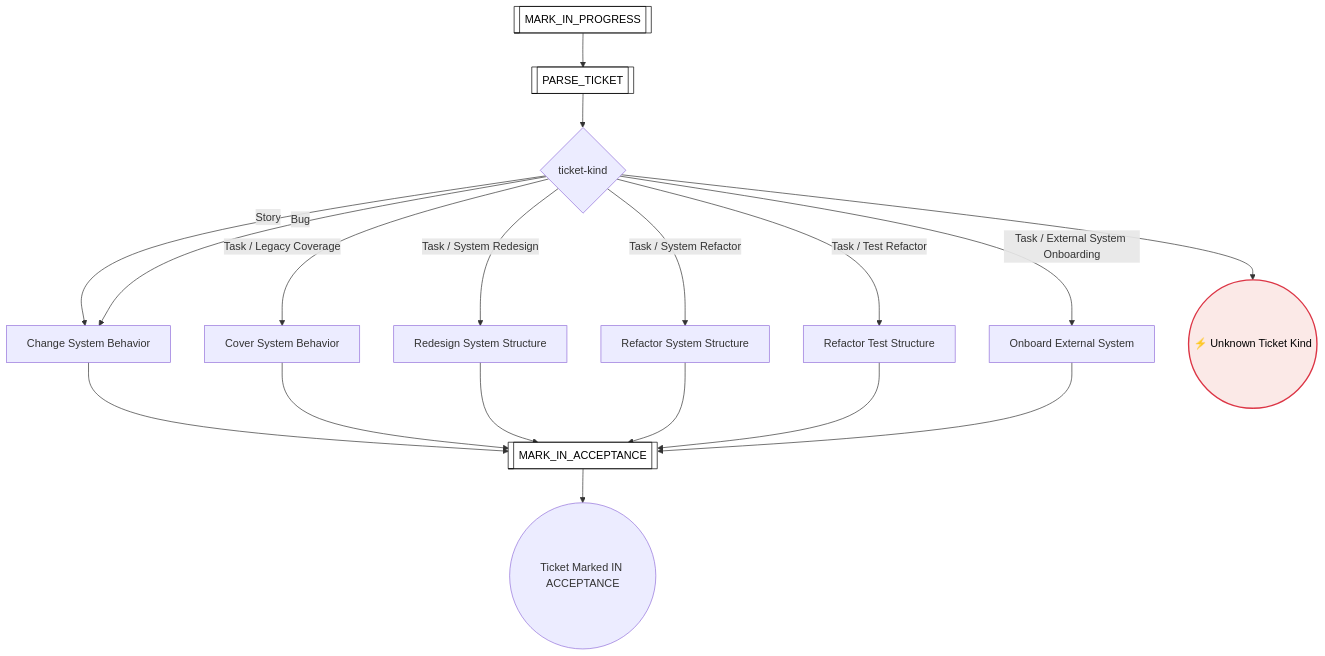
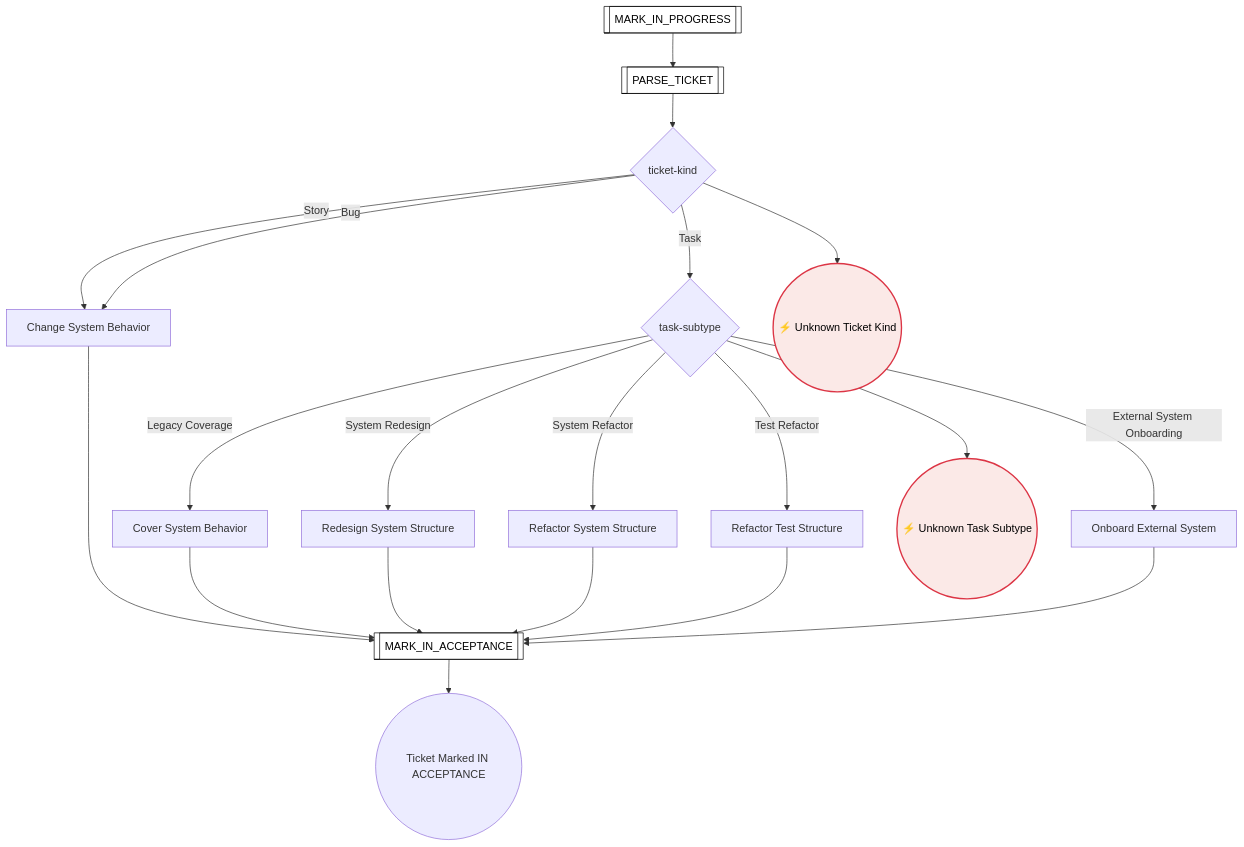
Before and after one commit to optivem/gh-optivem: the fourth of 50 diagrams in docs/process-diagram.md, drawn with Mermaid. The commit also changed 3 other files, not shown here.

Commit message:
atdd/runtime: split flat ticket-kind gateway into type + subtype (Item 11); trim done plan to deferred items

````diff
--- a/docs/process-diagram.md
+++ b/docs/process-diagram.md
@@ -95,39 +95,43 @@
 ```mermaid
 flowchart TD
     CHANGE_SYSTEM_BEHAVIOR[Change System Behavior]
     COVER_SYSTEM_BEHAVIOR[Cover System Behavior]
+    GATE_TASK_SUBTYPE{task-subtype}
     GATE_TICKET_KIND{ticket-kind}
     IMPLEMENT_TICKET_END((Ticket Marked IN ACCEPTANCE))
     MARK_IN_ACCEPTANCE[[MARK_IN_ACCEPTANCE]]
     MARK_IN_PROGRESS[[MARK_IN_PROGRESS]]
     ONBOARD_EXTERNAL_SYSTEM[Onboard External System]
     PARSE_TICKET[[PARSE_TICKET]]
     REDESIGN_SYSTEM_STRUCTURE[Redesign System Structure]
     REFACTOR_SYSTEM_STRUCTURE[Refactor System Structure]
     REFACTOR_TEST_STRUCTURE[Refactor Test Structure]
+    UNKNOWN_TASK_SUBTYPE((⚡ Unknown Task Subtype))
     UNKNOWN_TICKET_KIND((⚡ Unknown Ticket Kind))
 
     MARK_IN_PROGRESS --> PARSE_TICKET
     PARSE_TICKET --> GATE_TICKET_KIND
     GATE_TICKET_KIND -- Story --> CHANGE_SYSTEM_BEHAVIOR
     GATE_TICKET_KIND -- Bug --> CHANGE_SYSTEM_BEHAVIOR
-    GATE_TICKET_KIND -- Task / Legacy Coverage --> COVER_SYSTEM_BEHAVIOR
-    GATE_TICKET_KIND -- Task / System Redesign --> REDESIGN_SYSTEM_STRUCTURE
-    GATE_TICKET_KIND -- Task / System Refactor --> REFACTOR_SYSTEM_STRUCTURE
-    GATE_TICKET_KIND -- Task / Test Refactor --> REFACTOR_TEST_STRUCTURE
-    GATE_TICKET_KIND -- Task / External System Onboarding --> ONBOARD_EXTERNAL_SYSTEM
+    GATE_TICKET_KIND -- Task --> GATE_TASK_SUBTYPE
     GATE_TICKET_KIND --> UNKNOWN_TICKET_KIND
+    GATE_TASK_SUBTYPE -- Legacy Coverage --> COVER_SYSTEM_BEHAVIOR
+    GATE_TASK_SUBTYPE -- System Redesign --> REDESIGN_SYSTEM_STRUCTURE
+    GATE_TASK_SUBTYPE -- System Refactor --> REFACTOR_SYSTEM_STRUCTURE
+    GATE_TASK_SUBTYPE -- Test Refactor --> REFACTOR_TEST_STRUCTURE
+    GATE_TASK_SUBTYPE -- External System Onboarding --> ONBOARD_EXTERNAL_SYSTEM
+    GATE_TASK_SUBTYPE --> UNKNOWN_TASK_SUBTYPE
     CHANGE_SYSTEM_BEHAVIOR --> MARK_IN_ACCEPTANCE
     COVER_SYSTEM_BEHAVIOR --> MARK_IN_ACCEPTANCE
     REDESIGN_SYSTEM_STRUCTURE --> MARK_IN_ACCEPTANCE
     REFACTOR_SYSTEM_STRUCTURE --> MARK_IN_ACCEPTANCE
     REFACTOR_TEST_STRUCTURE --> MARK_IN_ACCEPTANCE
     ONBOARD_EXTERNAL_SYSTEM --> MARK_IN_ACCEPTANCE
     MARK_IN_ACCEPTANCE --> IMPLEMENT_TICKET_END
 
     classDef serviceNode fill:#ffffff,stroke:#000000,stroke-width:1px,color:#000000
     class MARK_IN_ACCEPTANCE,MARK_IN_PROGRESS,PARSE_TICKET serviceNode
 
     classDef errorEndNode fill:#fbe9e7,stroke:#dc3545,stroke-width:2px,color:#000000
-    class UNKNOWN_TICKET_KIND errorEndNode
+    class UNKNOWN_TASK_SUBTYPE,UNKNOWN_TICKET_KIND errorEndNode
 ```
````
